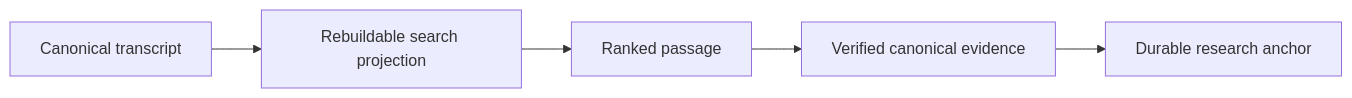
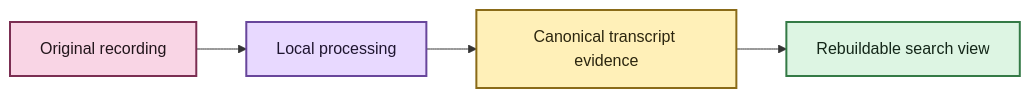
The diagram in docs/documentation-style.md (SSD1805/EchoFlow), drawn with Mermaid before and after one commit. The commit also changed other lines of this file, not shown here.

````diff
--- a/docs/documentation-style.md
+++ b/docs/documentation-style.md
@@ -122,7 +157,16 @@
 ```mermaid
 flowchart LR
-    A[Canonical transcript] --> B[Rebuildable search projection]
-    B --> C[Ranked passage]
-    C --> D[Verified canonical evidence]
-    D --> E[Durable research anchor]
+    A[Original recording] --> B[Local processing]
+    B --> C[Canonical transcript evidence]
+    C --> D[Rebuildable search view]
+
+    classDef source fill:#F9D5E5,stroke:#7B2E52,stroke-width:2px,color:#22151B
+    classDef process fill:#E8D9FF,stroke:#68469B,stroke-width:2px,color:#1F1630
+    classDef evidence fill:#FFF0B8,stroke:#8A6B18,stroke-width:2px,color:#2C260F
+    classDef view fill:#DDF5E3,stroke:#347A46,stroke-width:2px,color:#142719
+
+    class A source
+    class B process
+    class C evidence
+    class D view
 ```
````
